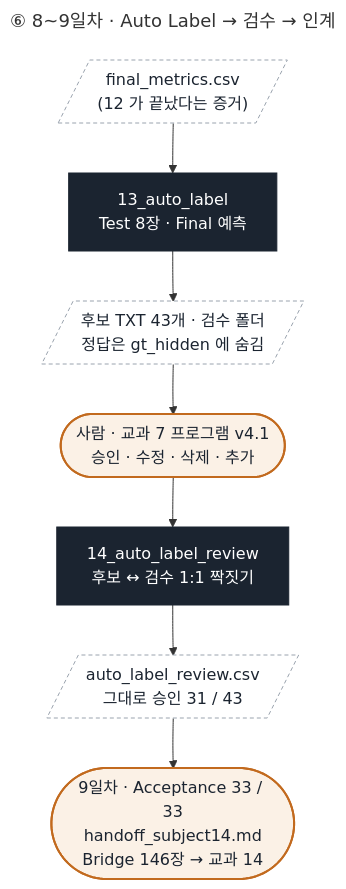
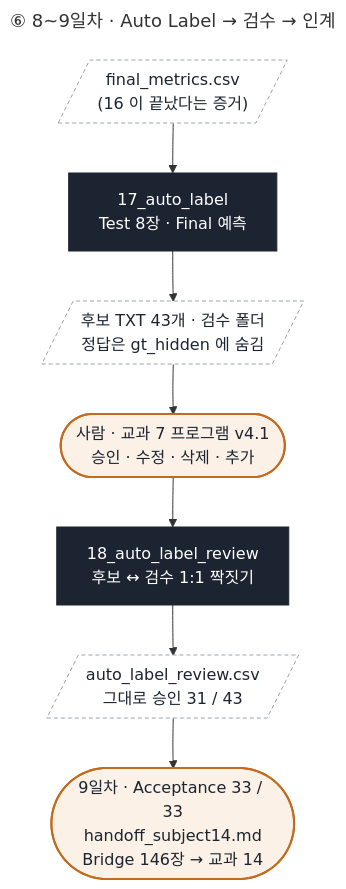
The sixth of 10 diagrams in prj08/docs/code_flow.md (howolcat/prj2026.10), drawn with Mermaid before and after one commit. The commit also changed other lines of this file and 129 other files, not shown here.

````diff
--- a/prj08/docs/code_flow.md
+++ b/prj08/docs/code_flow.md
@@ -162,20 +162,20 @@
 ```mermaid
 ---
 title: ⑥ 8~9일차 · Auto Label → 검수 → 인계
 ---
 flowchart TD
-    O12[/"final_metrics.csv<br/>(12 가 끝났다는 증거)"/] --> S13["13_auto_label<br/>Test 8장 · Final 예측"]
+    O12[/"final_metrics.csv<br/>(16 이 끝났다는 증거)"/] --> S13["17_auto_label<br/>Test 8장 · Final 예측"]
     S13 --> O13[/"후보 TXT 43개 · 검수 폴더<br/>정답은 gt_hidden 에 숨김"/]
     O13 --> HR(["사람 · 교과 7 프로그램 v4.1<br/>승인 · 수정 · 삭제 · 추가"])
-    HR --> S14["14_auto_label_review<br/>후보 ↔ 검수 1:1 짝짓기"]
+    HR --> S14["18_auto_label_review<br/>후보 ↔ 검수 1:1 짝짓기"]
     S14 --> O14[/"auto_label_review.csv<br/>그대로 승인 31 / 43"/]
     O14 --> ACC(["9일차 · Acceptance 33 / 33<br/>handoff_subject14.md<br/>Bridge 146장 → 교과 14"])
 
     classDef data fill:#E9ECE8,stroke:#9AA3AE,color:#1B2430
     classDef script fill:#1B2430,stroke:#1B2430,color:#FFFFFF
     classDef out fill:#FFFFFF,stroke:#9AA3AE,stroke-dasharray:4 3,color:#1B2430
     classDef human fill:#FBF1E6,stroke:#C26A1E,stroke-width:2px,color:#1B2430
     class S13,S14 script
     class O12,O13,O14 out
     class HR,ACC human
 ```
````
